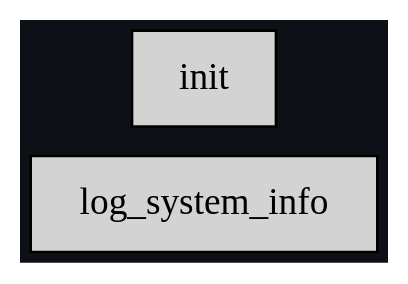
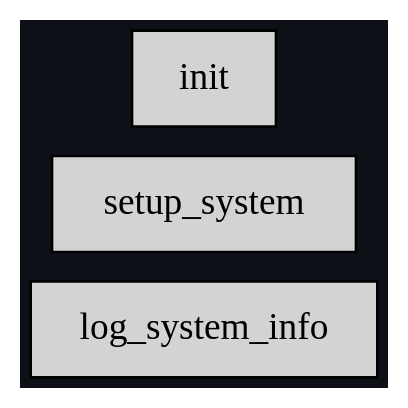
Before and after one commit to eerii/hello-bevy: the diagram in graphs/startup-schedule.dot, drawn with Graphviz. The commit also changed 5 other files, not shown here.

```diff
--- a/graphs/startup-schedule.dot
+++ b/graphs/startup-schedule.dot
@@ -1,12 +1,13 @@
 digraph "" {
 	"compound"="true";
 	"splines"="spline";
 	"rankdir"="LR";
 	"bgcolor"="#0d1117";
 	"fontname"="Helvetica";
 	"nodesep"="0.15";
 	edge ["penwidth"="2"];
 	node ["shape"="box", "style"="filled"];
 	"node_System(0)" ["label"="log_system_info", "tooltip"="bevy_diagnostic::system_information_diagnostics_plugin::internal::log_system_info"]
-	"node_System(1)" ["label"="init", "tooltip"="hello_bevy::init"]
+	"node_System(1)" ["label"="setup_system", "tooltip"="bevy_diagnostic::frame_time_diagnostics_plugin::FrameTimeDiagnosticsPlugin::setup_system"]
+	"node_System(2)" ["label"="init", "tooltip"="hello_bevy::init"]
 }
```
